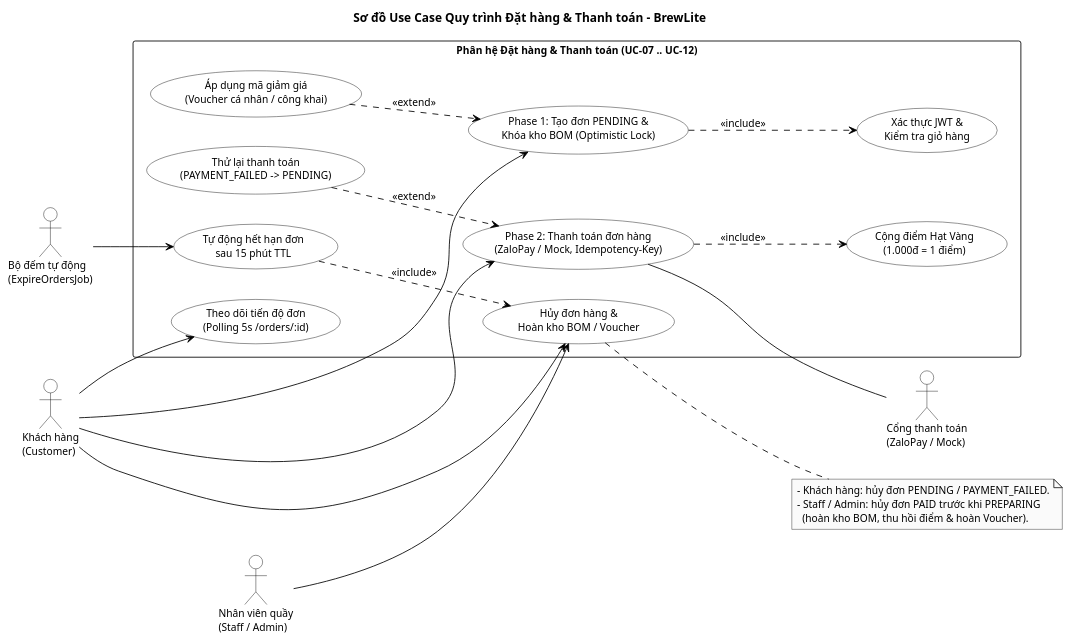
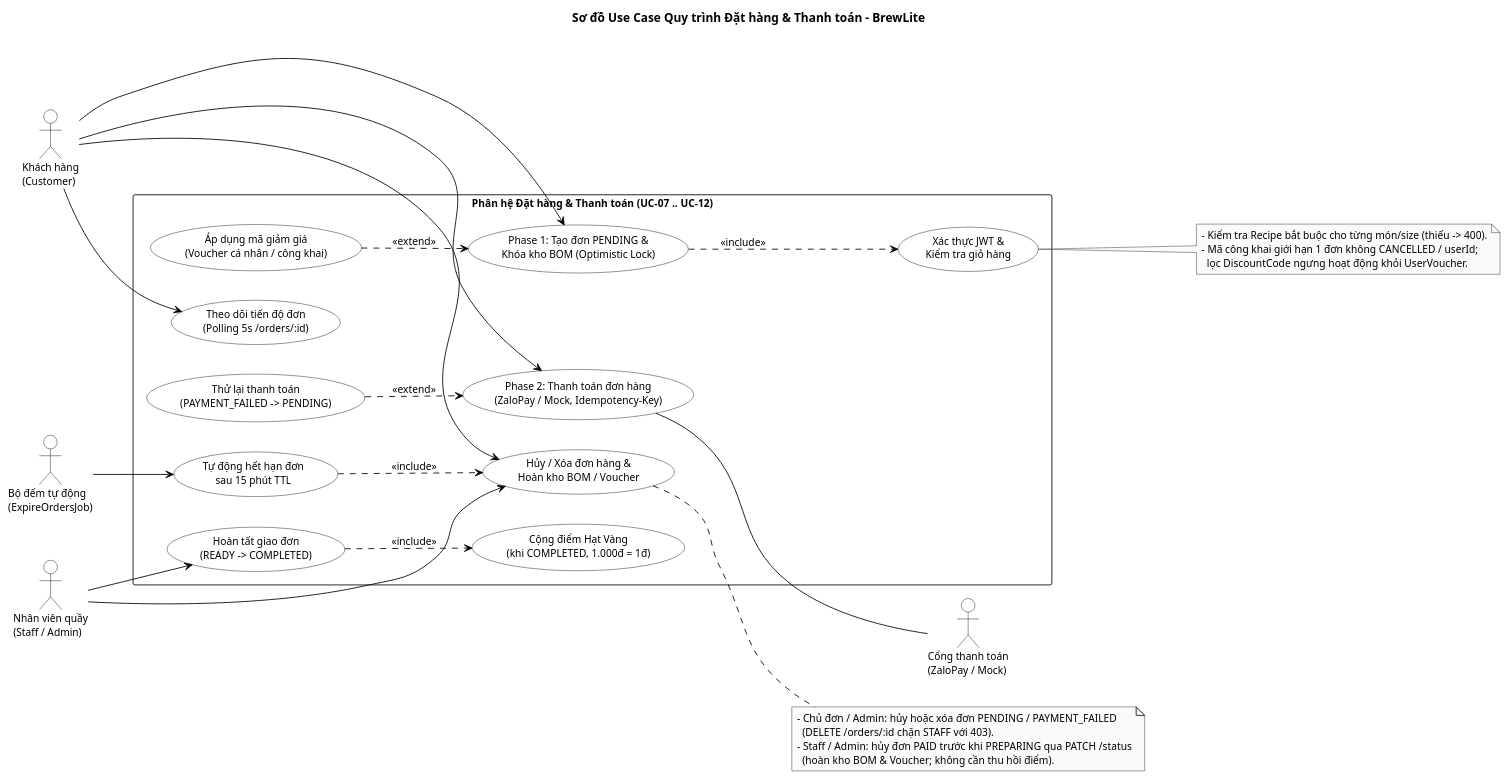
The diagram in docs/diagrams/checkout-use-case.puml (MaGiaVy/BrewLite_project), drawn with PlantUML before and after one commit. The commit also changed 24 other files, not shown here.

Commit message:
feat(web,docs): add multi-ingredient per-size recipes in admin, update loyalty copy, sync SRS/UML/OpenAPI/report with PR #49

```diff
--- a/docs/diagrams/checkout-use-case.puml
+++ b/docs/diagrams/checkout-use-case.puml
@@ -1,66 +1,75 @@
 @startuml
 left to right direction
 skinparam monochrome true
 skinparam shadowing false
 skinparam backgroundColor #FFFFFF
 skinparam defaultFontName "Arial"
 skinparam defaultFontSize 12
 skinparam packageStyle rectangle
 skinparam ArrowColor #000000
 skinparam actor {
   BackgroundColor #FFFFFF
   BorderColor #000000
   FontColor #000000
 }
 skinparam usecase {
   BackgroundColor #FFFFFF
   BorderColor #000000
   FontColor #000000
 }
 skinparam rectangle {
   BackgroundColor #FFFFFF
   BorderColor #000000
   FontColor #000000
 }
 
 title Sơ đồ Use Case Quy trình Đặt hàng & Thanh toán - BrewLite
 
 actor "Khách hàng\n(Customer)" as Customer
 actor "Nhân viên quầy\n(Staff / Admin)" as Staff
 actor "Bộ đếm tự động\n(ExpireOrdersJob)" as Scheduler
 actor "Cổng thanh toán\n(ZaloPay / Mock)" as Gateway
 
 rectangle "Phân hệ Đặt hàng & Thanh toán (UC-07 .. UC-12)" {
   usecase "Xác thực JWT &\nKiểm tra giỏ hàng" as UC_Auth
   usecase "Áp dụng mã giảm giá\n(Voucher cá nhân / công khai)" as UC_Voucher
   usecase "Phase 1: Tạo đơn PENDING &\nKhóa kho BOM (Optimistic Lock)" as UC_CreateOrder
   usecase "Phase 2: Thanh toán đơn hàng\n(ZaloPay / Mock, Idempotency-Key)" as UC_Payment
-  usecase "Cộng điểm Hạt Vàng\n(1.000đ = 1 điểm)" as UC_Loyalty
+  usecase "Hoàn tất giao đơn\n(READY -> COMPLETED)" as UC_Complete
+  usecase "Cộng điểm Hạt Vàng\n(khi COMPLETED, 1.000đ = 1đ)" as UC_Loyalty
   usecase "Thử lại thanh toán\n(PAYMENT_FAILED -> PENDING)" as UC_Retry
-  usecase "Hủy đơn hàng &\nHoàn kho BOM / Voucher" as UC_Cancel
+  usecase "Hủy / Xóa đơn hàng &\nHoàn kho BOM / Voucher" as UC_Cancel
   usecase "Tự động hết hạn đơn\nsau 15 phút TTL" as UC_Expire
   usecase "Theo dõi tiến độ đơn\n(Polling 5s /orders/:id)" as UC_Track
 }
 
 Customer --> UC_CreateOrder
 Customer --> UC_Payment
 Customer --> UC_Cancel
 Customer --> UC_Track
 
 Staff --> UC_Cancel
+Staff --> UC_Complete
 Scheduler --> UC_Expire
 UC_Payment -- Gateway
 
 UC_CreateOrder ..> UC_Auth : <<include>>
 UC_Voucher ..> UC_CreateOrder : <<extend>>
-UC_Payment ..> UC_Loyalty : <<include>>
+UC_Complete ..> UC_Loyalty : <<include>>
 UC_Retry ..> UC_Payment : <<extend>>
 UC_Expire ..> UC_Cancel : <<include>>
 
 note right of UC_Cancel
-  - Khách hàng: hủy đơn PENDING / PAYMENT_FAILED.
-  - Staff / Admin: hủy đơn PAID trước khi PREPARING
-    (hoàn kho BOM, thu hồi điểm & hoàn Voucher).
+  - Chủ đơn / Admin: hủy hoặc xóa đơn PENDING / PAYMENT_FAILED
+    (DELETE /orders/:id chặn STAFF với 403).
+  - Staff / Admin: hủy đơn PAID trước khi PREPARING qua PATCH /status
+    (hoàn kho BOM & Voucher; không cần thu hồi điểm).
+end note
+
+note right of UC_Auth
+  - Kiểm tra Recipe bắt buộc cho từng món/size (thiếu -> 400).
+  - Mã công khai giới hạn 1 đơn không CANCELLED / userId;
+    lọc DiscountCode ngưng hoạt động khỏi UserVoucher.
 end note
 
 @enduml
```
